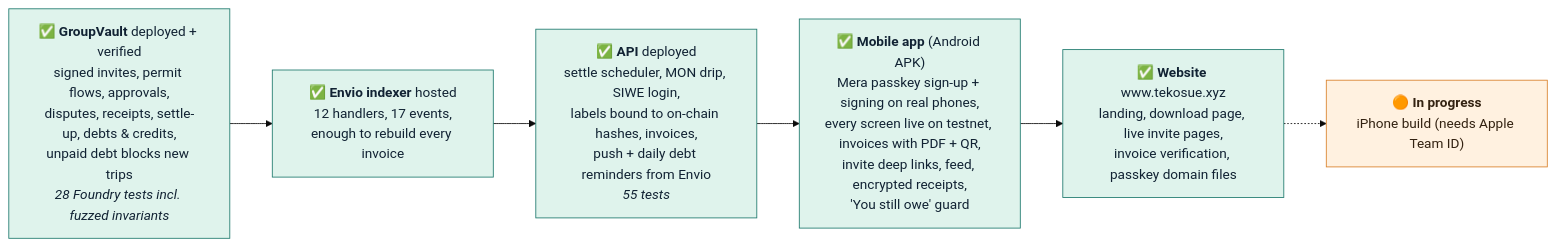
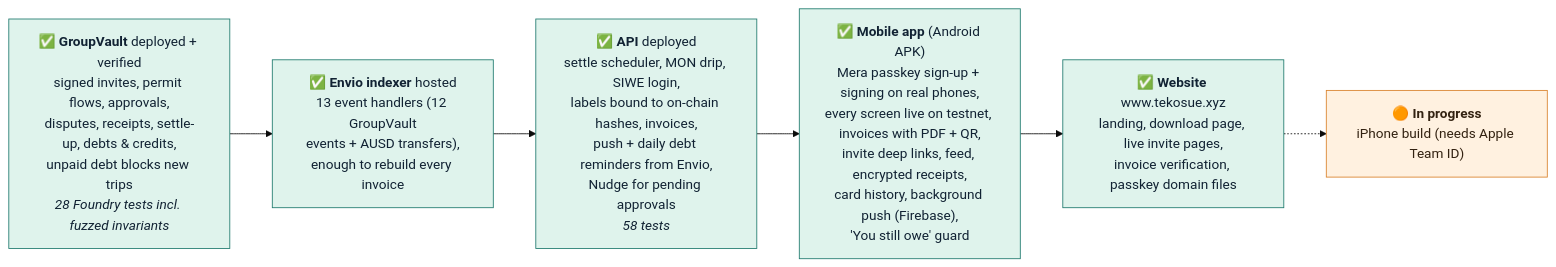
The eighth of 13 diagrams in README.md (sewunodetech/tekosue), drawn with Mermaid (base theme) before and after one commit. The commit also changed other lines of this file and 1 other file, not shown here.

First line of the commit message:
docs: align README and STATUS with the app after PR #36

````diff
--- a/README.md
+++ b/README.md
@@ -261,14 +265,14 @@
 ```mermaid
 flowchart LR
     classDef done fill:#dff3ec,stroke:#1f7a6e,color:#123
     classDef wip fill:#fff1e0,stroke:#d9822b,color:#321
 
     C["✅ <b>GroupVault</b> deployed + verified<br/>signed invites, permit flows, approvals,<br/>disputes, receipts, settle-up, debts & credits,<br/>unpaid debt blocks new trips<br/><i>28 Foundry tests incl. fuzzed invariants</i>"]:::done
-    I["✅ <b>Envio indexer</b> hosted<br/>12 handlers, 17 events,<br/>enough to rebuild every invoice"]:::done
-    A["✅ <b>API</b> deployed<br/>settle scheduler, MON drip, SIWE login,<br/>labels bound to on-chain hashes, invoices,<br/>push + daily debt reminders from Envio<br/><i>55 tests</i>"]:::done
-    M["✅ <b>Mobile app</b> (Android APK)<br/>Mera passkey sign-up + signing on real phones,<br/>every screen live on testnet, invoices with PDF + QR,<br/>invite deep links, feed, encrypted receipts,<br/>'You still owe' guard"]:::done
+    I["✅ <b>Envio indexer</b> hosted<br/>13 event handlers (12 GroupVault<br/>events + AUSD transfers),<br/>enough to rebuild every invoice"]:::done
+    A["✅ <b>API</b> deployed<br/>settle scheduler, MON drip, SIWE login,<br/>labels bound to on-chain hashes, invoices,<br/>push + daily debt reminders from Envio,<br/>Nudge for pending approvals<br/><i>58 tests</i>"]:::done
+    M["✅ <b>Mobile app</b> (Android APK)<br/>Mera passkey sign-up + signing on real phones,<br/>every screen live on testnet, invoices with PDF + QR,<br/>invite deep links, feed, encrypted receipts,<br/>card history, background push (Firebase),<br/>'You still owe' guard"]:::done
     W["✅ <b>Website</b> www.tekosue.xyz<br/>landing, download page, live invite pages,<br/>invoice verification, passkey domain files"]:::done
     P["🟠 <b>In progress</b><br/>iPhone build (needs Apple Team ID)"]:::wip
 
     C --> I --> A --> M --> W -.-> P
 ```
````
